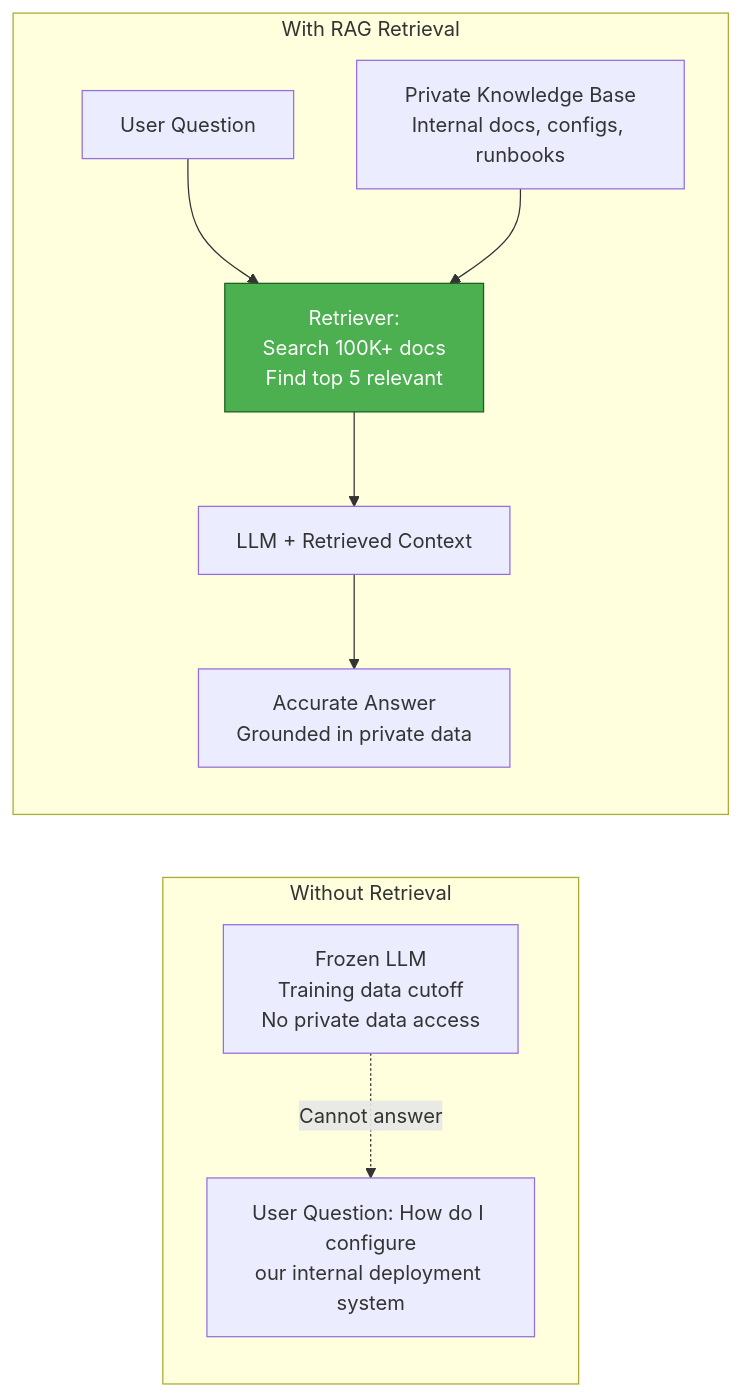
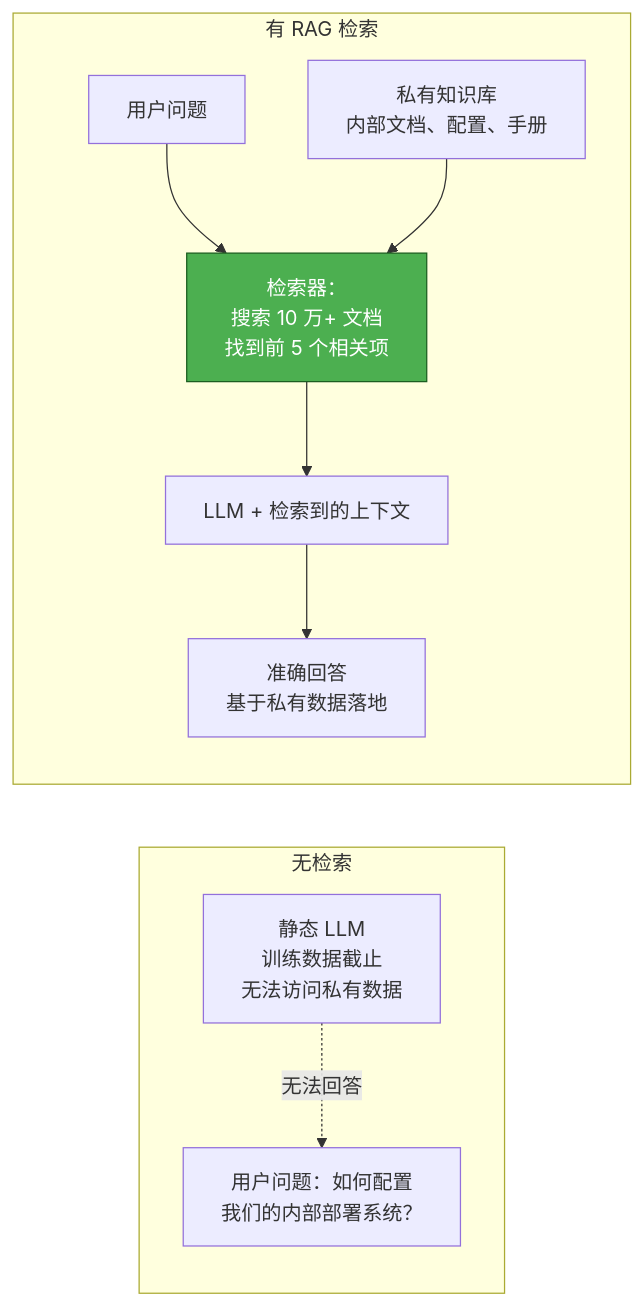
One commit to YiWang24/AiDIY changed the first of 10 diagrams in i18n/zh-Hans/docusaurus-plugin-content-docs/current/ai/rag/04-retrieval.mdx. Above: the diagram before and after it, drawn with Mermaid. The commit also changed other lines of this file and 59 other files, not shown here.

````diff
--- a/i18n/zh-Hans/docusaurus-plugin-content-docs/current/ai/rag/04-retrieval.mdx
+++ b/i18n/zh-Hans/docusaurus-plugin-content-docs/current/ai/rag/04-retrieval.mdx
@@ -23,23 +23,23 @@
 ```mermaid
 flowchart LR
-    subgraph WithoutRetrieval["Without Retrieval"]
-        LLM1["Frozen LLM<br/>Training data cutoff<br/>No private data access"]
-        Q1["User Question: How do I configure<br/>our internal deployment system"]
-        LLM1 -.->|Cannot answer| Q1
+    subgraph WithoutRetrieval["无检索"]
+        LLM1["静态 LLM<br/>训练数据截止<br/>无法访问私有数据"]
+        Q1["用户问题：如何配置<br/>我们的内部部署系统？"]
+        LLM1 -.->|无法回答| Q1
     end
 
-    subgraph WithRetrieval["With RAG Retrieval"]
-        Q2["User Question"]
-        R["Retriever:<br/>Search 100K+ docs<br/>Find top 5 relevant"]
-        KB["Private Knowledge Base<br/>Internal docs, configs, runbooks"]
-        LLM2["LLM + Retrieved Context"]
-        A2["Accurate Answer<br/>Grounded in private data"]
+    subgraph WithRetrieval["有 RAG 检索"]
+        Q2["用户问题"]
+        R["检索器：<br/>搜索 10 万+ 文档<br/>找到前 5 个相关项"]
+        KB["私有知识库<br/>内部文档、配置、手册"]
+        LLM2["LLM + 检索到的上下文"]
+        A2["准确回答<br/>基于私有数据落地"]
     end
 
     Q2 --> R
     KB --> R
     R --> LLM2
     LLM2 --> A2
 
     style R fill:#4caf50,stroke:#1b5e20,color:#fff
 ```
````
